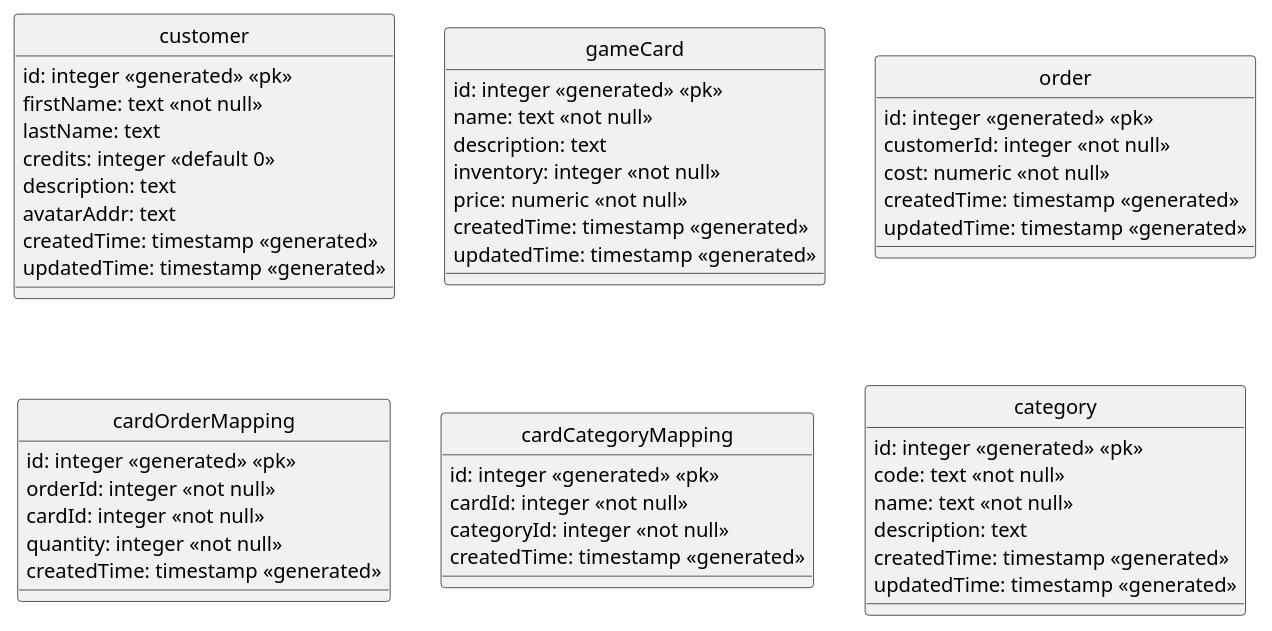
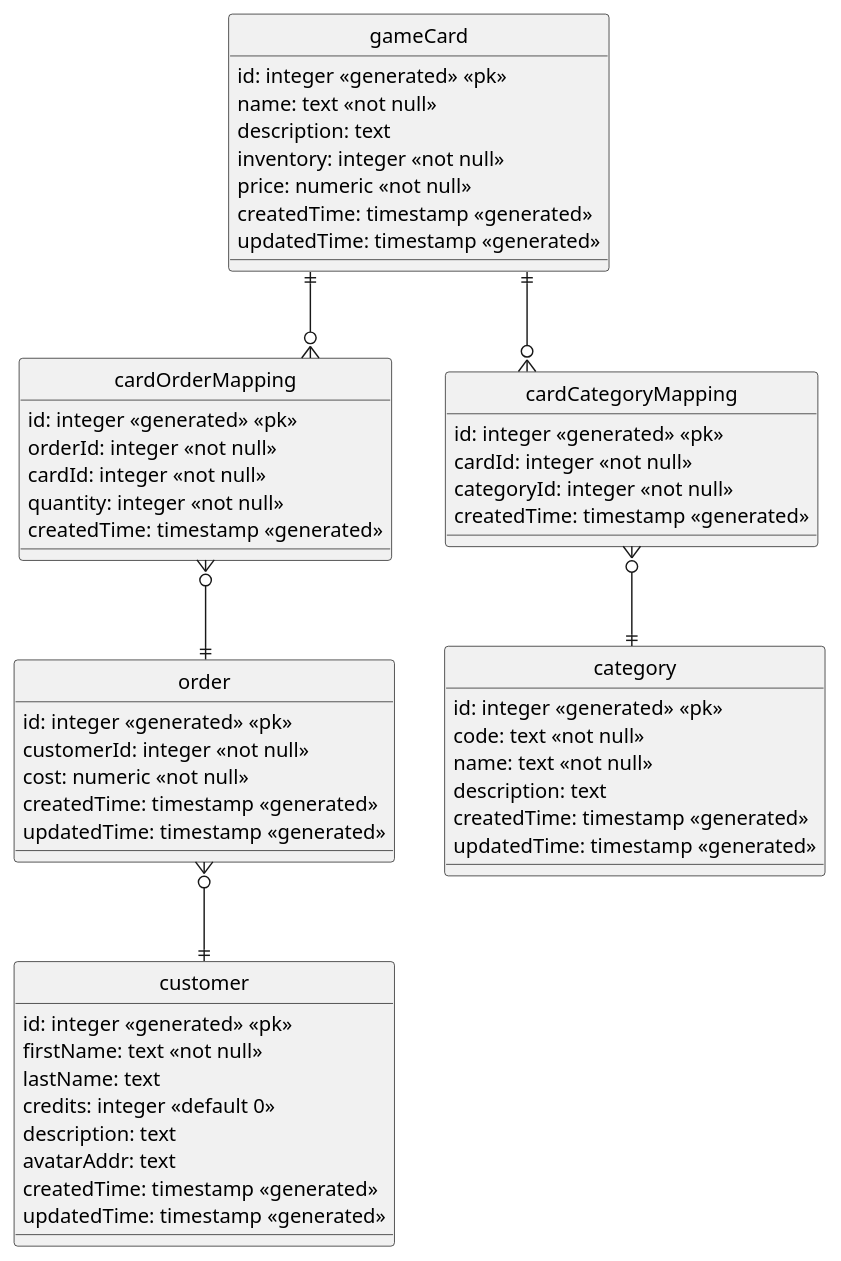
The diagram in entities.puml (feolive/game-card-rental), drawn with PlantUML before and after one commit. The commit also changed 1 other file, not shown here.

```diff
--- a/entities.puml
+++ b/entities.puml
@@ -1,56 +1,64 @@
 @startuml game card rental entities
 hide circle
 skinparam linetype ortho
 entity customer {
     id: integer <<generated>> <<pk>>
     firstName: text <<not null>>
     lastName: text
     credits: integer <<default 0>>
     description: text
     avatarAddr: text
     createdTime: timestamp <<generated>>
     updatedTime: timestamp <<generated>>
 }
 
 entity gameCard {
     id: integer <<generated>> <<pk>>
     name: text <<not null>>
     description: text
     inventory: integer <<not null>>
     price: numeric <<not null>>
     createdTime: timestamp <<generated>>
     updatedTime: timestamp <<generated>>
 }
 
 entity order {
     id: integer <<generated>> <<pk>>
     customerId: integer <<not null>>
     cost: numeric <<not null>>
     createdTime: timestamp <<generated>>
     updatedTime: timestamp <<generated>>
 }
 
 entity cardOrderMapping {
     id: integer <<generated>> <<pk>>
     orderId: integer <<not null>>
     cardId: integer <<not null>>
     quantity: integer <<not null>>
     createdTime: timestamp <<generated>>
 }
 
 entity cardCategoryMapping {
     id: integer <<generated>> <<pk>>
     cardId: integer <<not null>>
     categoryId: integer <<not null>>
     createdTime: timestamp <<generated>>
 }
 
 entity category {
     id: integer <<generated>> <<pk>>
     code: text <<not null>>
     name: text <<not null>>
     description: text
     createdTime: timestamp <<generated>>
     updatedTime: timestamp <<generated>>
 }
+
+order }o--|| customer
+gameCard ||--o{ cardOrderMapping
+cardOrderMapping }o--|| order
+gameCard ||--o{ cardCategoryMapping
+cardCategoryMapping }o--|| category
+
+
 @enduml
```
